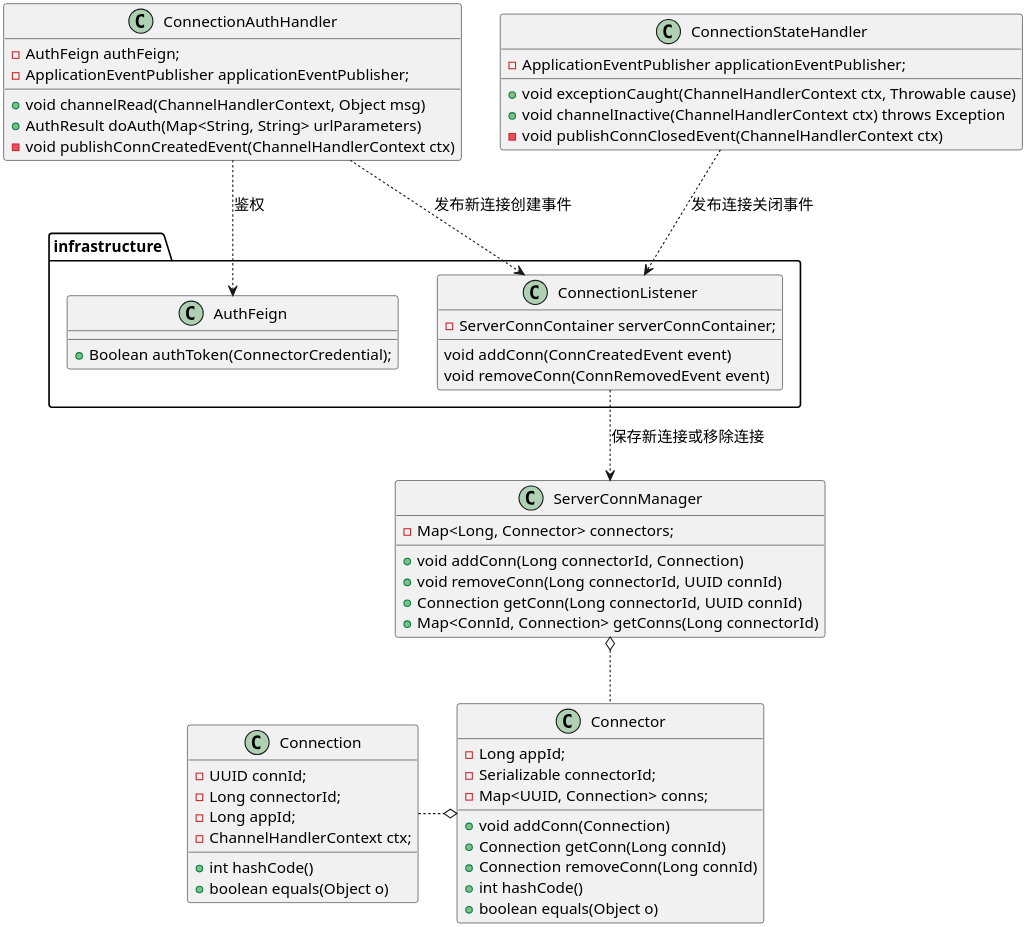
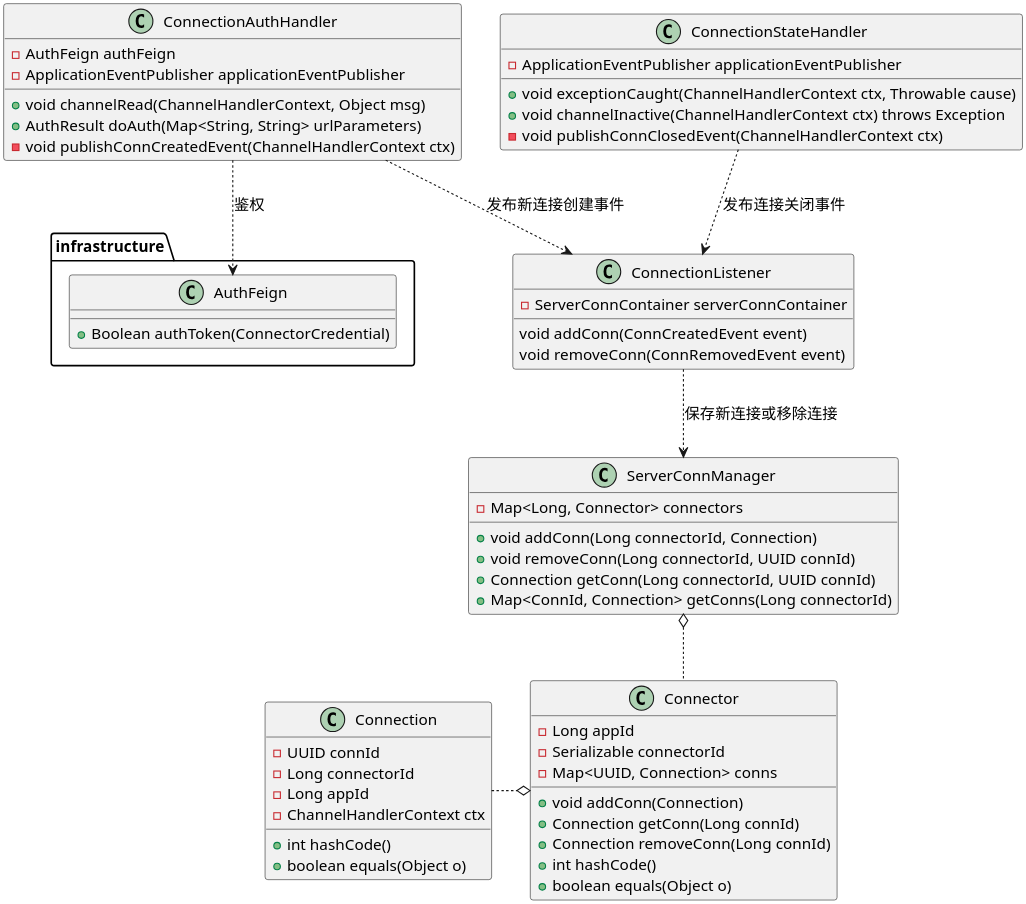
Before and after one commit to Etherealss/MessagePusher: the diagram in uml/connect/连接/Netty连接创建、验证、维护与关闭 简化.puml, drawn with PlantUML. The commit also changed 10 other files, not shown here.

Commit message:
feature: uml

```diff
--- a/uml/connect/连接/Netty连接创建、验证、维护与关闭 简化.puml
+++ b/uml/connect/连接/Netty连接创建、验证、维护与关闭 简化.puml
@@ -1,76 +1,74 @@
 @startuml
 'https://plantuml.com/class-diagram
 skinparam shadowing false
 skinparam defaultFontName xfonts-wqy
 skinparam dpi 300
 skinparam activity  {
     DiamondFontSize 14
     ArrowFontSize 14
     FontSize 14
 }
 
 package infrastructure {
     class AuthFeign {
-        + Boolean authToken(ConnectorCredential);
-    }
-
-    class ConnectionListener {
-        - ServerConnContainer serverConnContainer;
-        void addConn(ConnCreatedEvent event)
-        void removeConn(ConnRemovedEvent event)
+        + Boolean authToken(ConnectorCredential)
     }
 }
-
+class ConnectionListener {
+    - ServerConnContainer serverConnContainer
+    void addConn(ConnCreatedEvent event)
+    void removeConn(ConnRemovedEvent event)
+}
 class ConnectionAuthHandler  {
-    - AuthFeign authFeign;
-    - ApplicationEventPublisher applicationEventPublisher;
+    - AuthFeign authFeign
+    - ApplicationEventPublisher applicationEventPublisher
     + void channelRead(ChannelHandlerContext, Object msg)
     + AuthResult doAuth(Map<String, String> urlParameters)
     - void publishConnCreatedEvent(ChannelHandlerContext ctx)
 }
 class ServerConnManager {
-    - Map<Long, Connector> connectors;
+    - Map<Long, Connector> connectors
     + void addConn(Long connectorId, Connection)
     + void removeConn(Long connectorId, UUID connId)
     + Connection getConn(Long connectorId, UUID connId)
     + Map<ConnId, Connection> getConns(Long connectorId)
 }
 
 class Connector {
-    - Long appId;
-    - Serializable connectorId;
-    - Map<UUID, Connection> conns;
+    - Long appId
+    - Serializable connectorId
+    - Map<UUID, Connection> conns
     + void addConn(Connection)
     + Connection getConn(Long connId)
     + Connection removeConn(Long connId)
     + int hashCode()
     + boolean equals(Object o)
 }
 
 class Connection {
-    - UUID connId;
-    - Long connectorId;
-    - Long appId;
-    - ChannelHandlerContext ctx;
+    - UUID connId
+    - Long connectorId
+    - Long appId
+    - ChannelHandlerContext ctx
     + int hashCode()
     + boolean equals(Object o)
 }
 
 class ConnectionStateHandler  {
-    - ApplicationEventPublisher applicationEventPublisher;
+    - ApplicationEventPublisher applicationEventPublisher
     + void exceptionCaught(ChannelHandlerContext ctx, Throwable cause)
     + void channelInactive(ChannelHandlerContext ctx) throws Exception
     - void publishConnClosedEvent(ChannelHandlerContext ctx)
 }
 
 
 
 ConnectionStateHandler ..> ConnectionListener: 发布连接关闭事件
 ConnectionAuthHandler ..> AuthFeign: 鉴权
 
 ConnectionAuthHandler ..> ConnectionListener: 发布新连接创建事件
 ConnectionListener ..> ServerConnManager: 保存新连接或移除连接
 ServerConnManager o.. Connector
 Connection .o Connector
 
 @enduml
```
